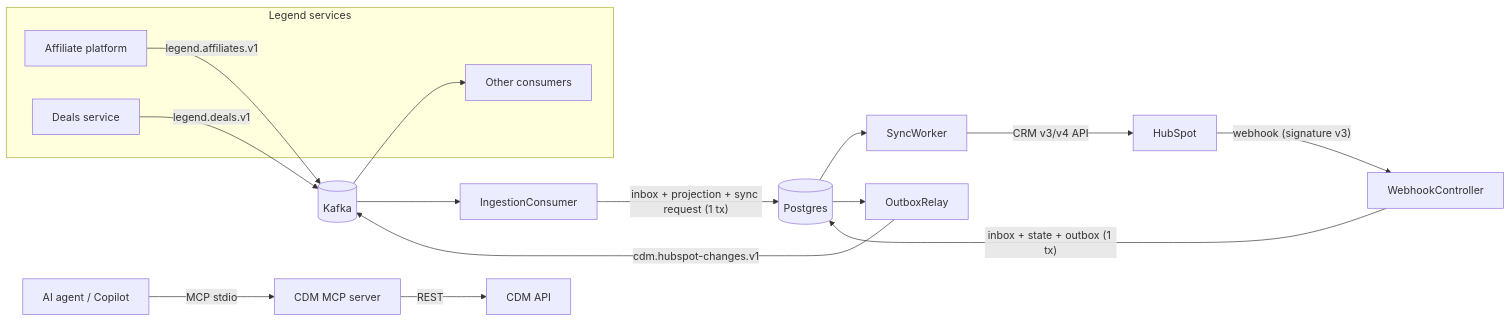
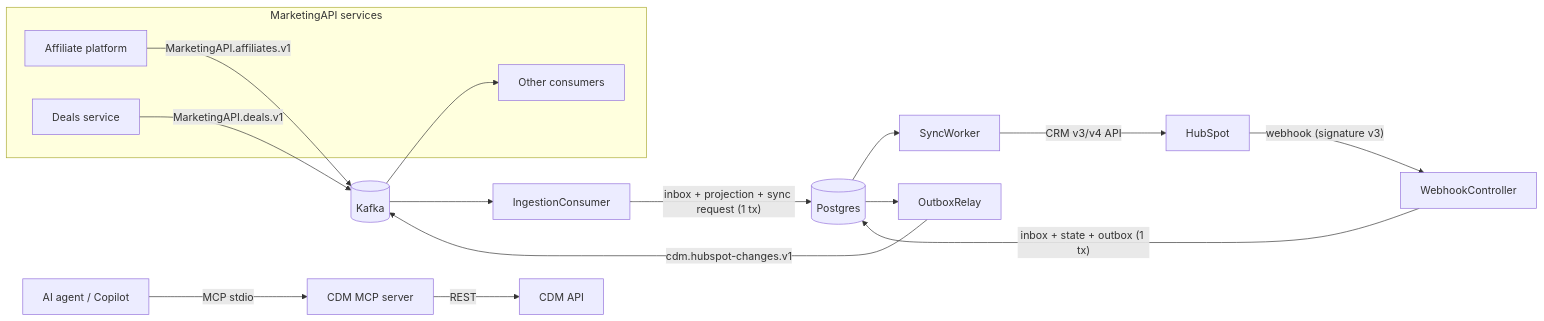
Before and after one commit to evgeniidatsiuk/commercial_data_manager: the first of 6 diagrams in README.md, drawn with Mermaid. The commit also changed other lines of this file, not shown here.

Commit message:
Update README to reflect MarketingAPI terminology

````diff
--- a/README.md
+++ b/README.md
@@ -7,17 +7,17 @@
 ```mermaid
 flowchart LR
-  subgraph Legend services
+  subgraph MarketingAPI services
     AP[Affiliate platform]
     DS[Deals service]
     OT[Other consumers]
   end
-  AP -- legend.affiliates.v1 --> K[(Kafka)]
-  DS -- legend.deals.v1 --> K
+  AP -- MarketingAPI.affiliates.v1 --> K[(Kafka)]
+  DS -- MarketingAPI.deals.v1 --> K
   K --> IC[IngestionConsumer]
   IC -- "inbox + projection + sync request (1 tx)" --> PG[(Postgres)]
   PG --> SW[SyncWorker] -- "CRM v3/v4 API" --> HS[HubSpot]
   HS -- "webhook (signature v3)" --> WC[WebhookController]
   WC -- "inbox + state + outbox (1 tx)" --> PG
   PG --> OR[OutboxRelay] -- cdm.hubspot-changes.v1 --> K --> OT
   AI[AI agent / Copilot] -- MCP stdio --> MCP[CDM MCP server] -- REST --> API[CDM API]
 ```
````
